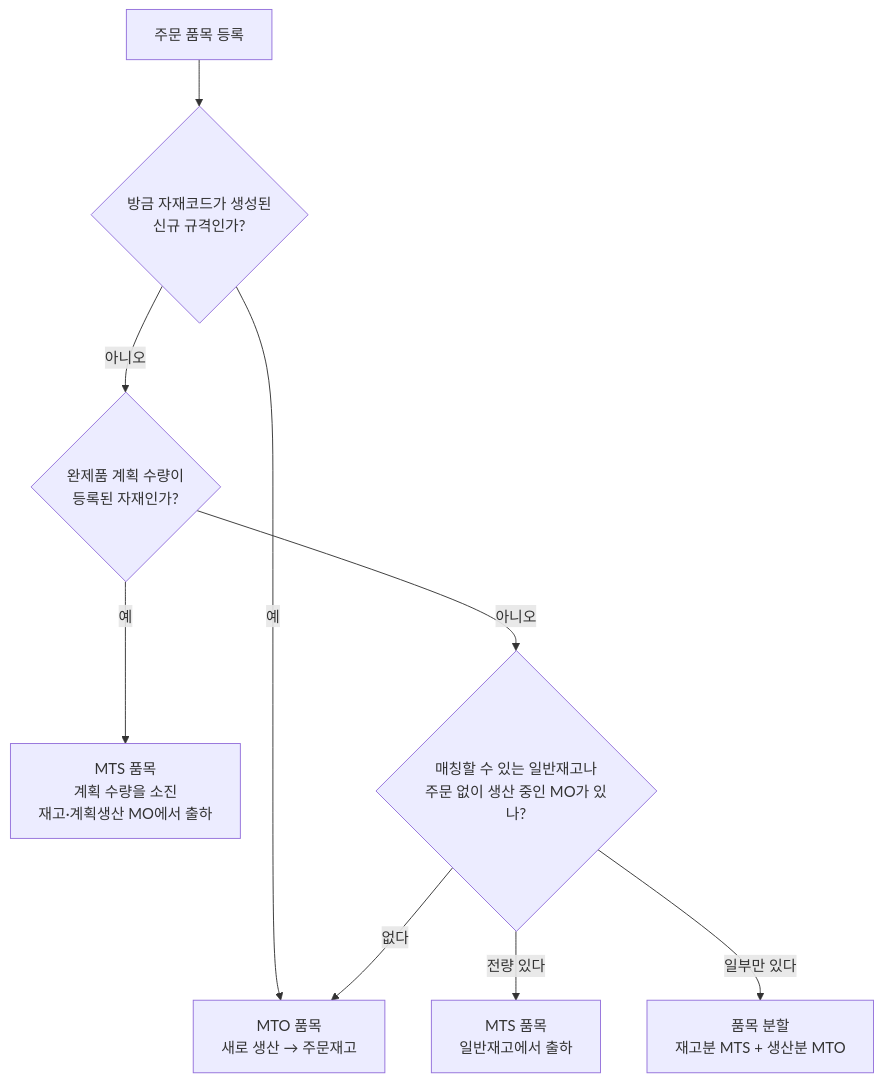
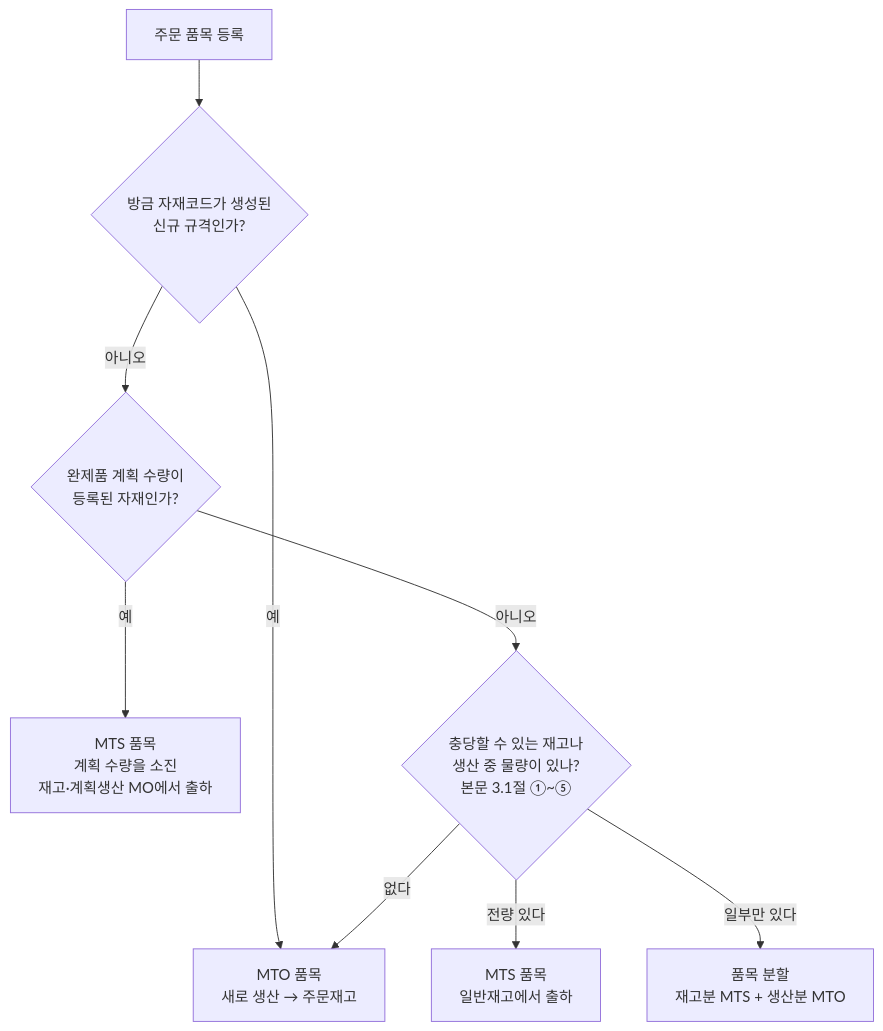
The third of 8 diagrams in docs/mto-mts-01-scenarios.md (donseok/mes-to-be-doc), drawn with Mermaid before and after one commit. The commit also changed other lines of this file and 6 other files, not shown here.

````diff
--- a/docs/mto-mts-01-scenarios.md
+++ b/docs/mto-mts-01-scenarios.md
@@ -75,11 +75,11 @@
 ```mermaid
 flowchart TD
   S["주문 품목 등록"] --> Q1{"방금 자재코드가 생성된<br/>신규 규격인가?"}
   Q1 -->|"예"| MTO["MTO 품목<br/>새로 생산 → 주문재고"]
   Q1 -->|"아니오"| Q0{"완제품 계획 수량이<br/>등록된 자재인가?"}
   Q0 -->|"예"| MTSP["MTS 품목<br/>계획 수량을 소진<br/>재고·계획생산 MO에서 출하"]
-  Q0 -->|"아니오"| Q2{"매칭할 수 있는 일반재고나<br/>주문 없이 생산 중인 MO가 있나?"}
+  Q0 -->|"아니오"| Q2{"충당할 수 있는 재고나<br/>생산 중 물량이 있나?<br/>본문 3.1절 ①~⑤"}
   Q2 -->|"전량 있다"| MTS["MTS 품목<br/>일반재고에서 출하"]
   Q2 -->|"일부만 있다"| SPLIT["품목 분할<br/>재고분 MTS + 생산분 MTO"]
   Q2 -->|"없다"| MTO
 ```
````
